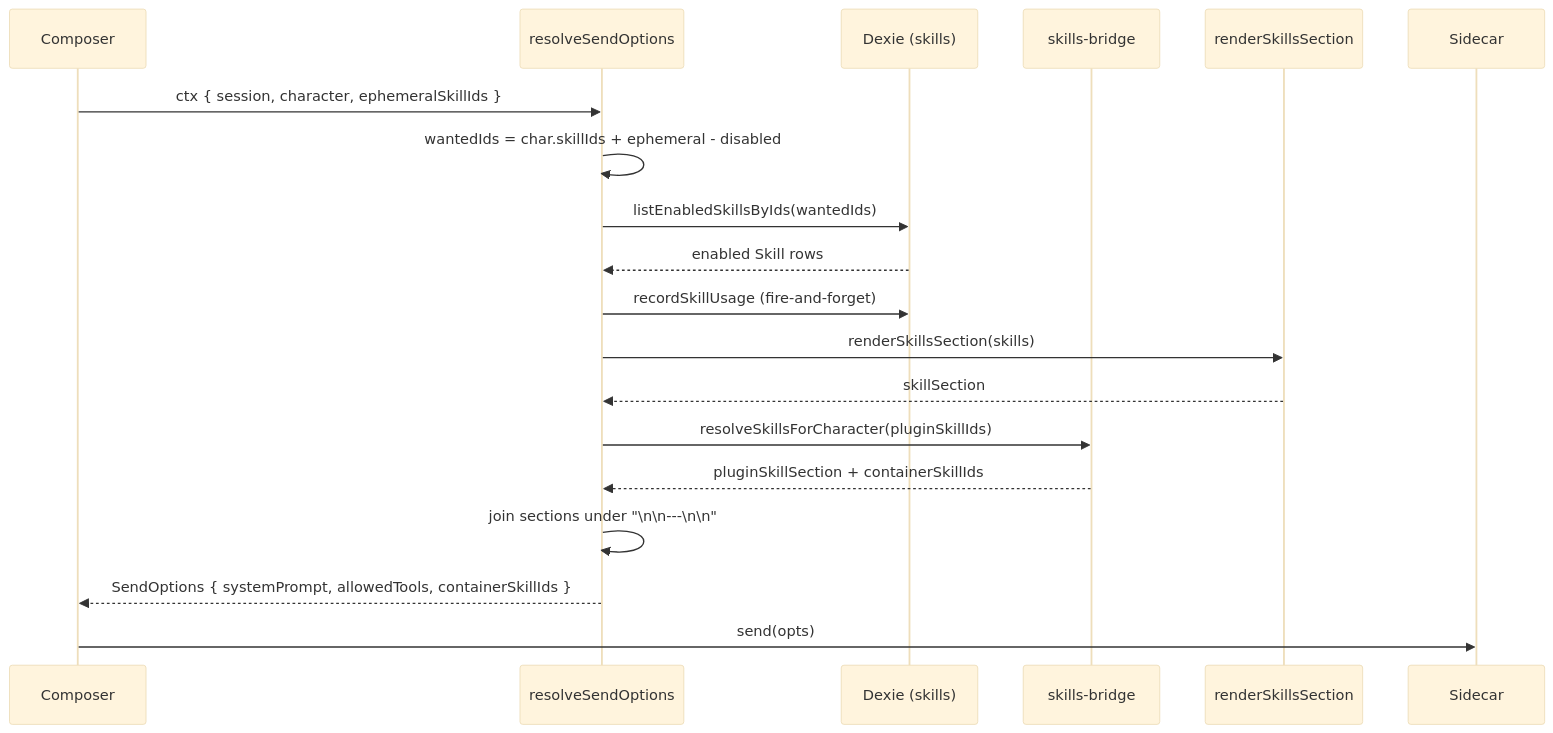
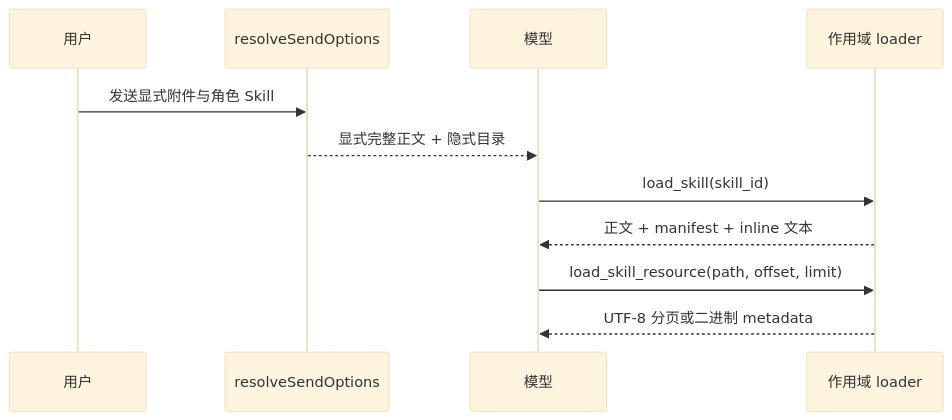
Before and after one commit to MaxQian888/cognia-next: the diagram in docs/content/docs/zh/subsystems/skills/loading-and-injection.mdx, drawn with Mermaid (base theme). The commit also changed other lines of this file and 101 other files, not shown here.

Commit message:
docs: synchronize architecture and subsystem references

````diff
--- a/docs/content/docs/zh/subsystems/skills/loading-and-injection.mdx
+++ b/docs/content/docs/zh/subsystems/skills/loading-and-injection.mdx
@@ -42,21 +43,13 @@
 ```mermaid
 sequenceDiagram
-  participant Composer
-  participant RSO as resolveSendOptions
-  participant Dexie as Dexie (skills)
-  participant Bridge as skills-bridge
-  participant Render as renderSkillsSection
-  participant Sidecar
-  Composer->>RSO: ctx { session, character, ephemeralSkillIds }
-  RSO->>RSO: wantedIds = char.skillIds + ephemeral - disabled
-  RSO->>Dexie: listEnabledSkillsByIds(wantedIds)
-  Dexie-->>RSO: enabled Skill rows
-  RSO->>Dexie: recordSkillUsage (fire-and-forget)
-  RSO->>Render: renderSkillsSection(skills)
-  Render-->>RSO: skillSection
-  RSO->>Bridge: resolveSkillsForCharacter(pluginSkillIds)
-  Bridge-->>RSO: pluginSkillSection + containerSkillIds
-  RSO->>RSO: join sections under "\n\n---\n\n"
-  RSO-->>Composer: SendOptions { systemPrompt, allowedTools, containerSkillIds }
-  Composer->>Sidecar: send(opts)
+  participant U as 用户
+  participant R as resolveSendOptions
+  participant M as 模型
+  participant L as 作用域 loader
+  U->>R: 发送显式附件与角色 Skill
+  R-->>M: 显式完整正文 + 隐式目录
+  M->>L: load_skill(skill_id)
+  L-->>M: 正文 + manifest + inline 文本
+  M->>L: load_skill_resource(path, offset, limit)
+  L-->>M: UTF-8 分页或二进制 metadata
 ```
````
